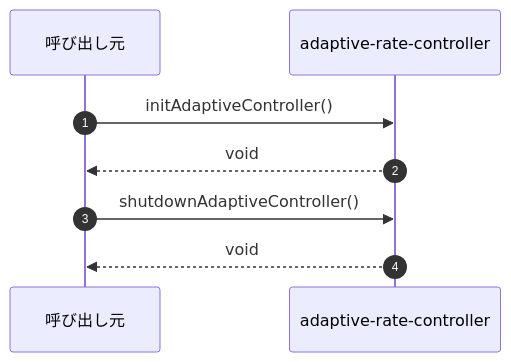
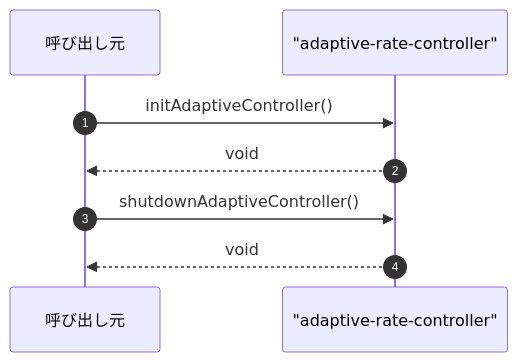
The third of 3 diagrams in ABDD/.pi/lib/adaptive-rate-controller.md (Mekann2904/mekann), drawn with Mermaid before and after one commit. The commit also changed other lines of this file and 152 other files, not shown here.

First line of the commit message:
fix: Mermaid図のラベル内の特殊文字をエスケープする

````diff
--- a/ABDD/.pi/lib/adaptive-rate-controller.md
+++ b/ABDD/.pi/lib/adaptive-rate-controller.md
@@ -117,12 +117,12 @@
 ```mermaid
 sequenceDiagram
   autonumber
   participant Caller as 呼び出し元
-  participant adaptive_rate_controller as adaptive-rate-controller
+  participant adaptive_rate_controller as "adaptive-rate-controller"
 
   Caller->>adaptive_rate_controller: initAdaptiveController()
   adaptive_rate_controller-->>Caller: void
 
   Caller->>adaptive_rate_controller: shutdownAdaptiveController()
   adaptive_rate_controller-->>Caller: void
 ```
````
